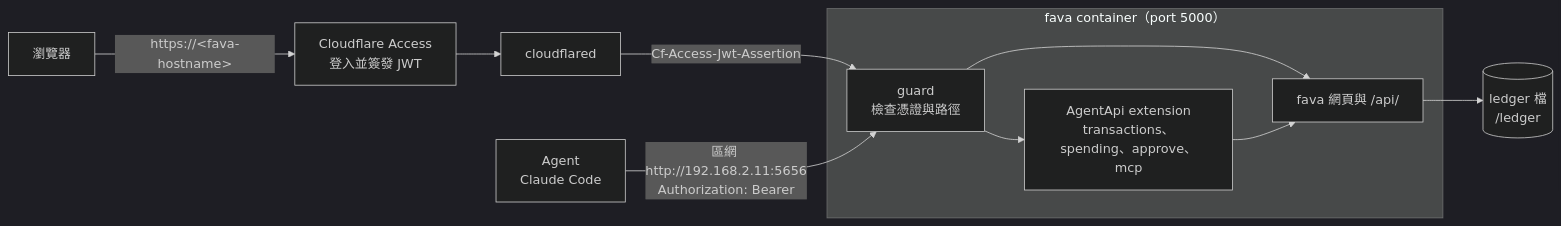
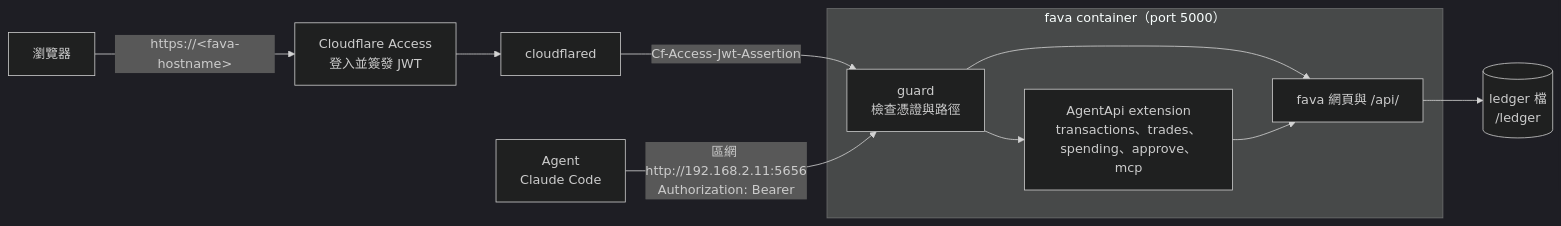
The first of 2 diagrams in docs/agent-api.md (gn00678465/beancount-fava), drawn with Mermaid (dark theme) before and after one commit. The commit also changed other lines of this file and 7 other files, not shown here.

First line of the commit message:
feat(api): 新增 trades 端點，記買進股票的待核准交易

````diff
--- a/docs/agent-api.md
+++ b/docs/agent-api.md
@@ -11,13 +11,13 @@
 ```mermaid
 flowchart LR
     Browser["瀏覽器"] -->|"https://&lt;fava-hostname&gt;"| CF["Cloudflare Access<br>登入並簽發 JWT"]
     CF --> Tunnel["cloudflared"]
     Tunnel -->|"Cf-Access-Jwt-Assertion"| Guard
     Agent["Agent<br>Claude Code"] -->|"區網 http://192.168.2.11:5656<br>Authorization: Bearer"| Guard
     subgraph Container["fava container（port 5000）"]
         Guard["guard<br>檢查憑證與路徑"] --> Fava["fava 網頁與 /api/"]
-        Guard --> Ext["AgentApi extension<br>transactions、spending、approve、mcp"]
+        Guard --> Ext["AgentApi extension<br>transactions、trades、spending、approve、mcp"]
         Ext --> Fava
     end
     Fava --> Ledger[("ledger 檔<br>/ledger")]
 ```
````
